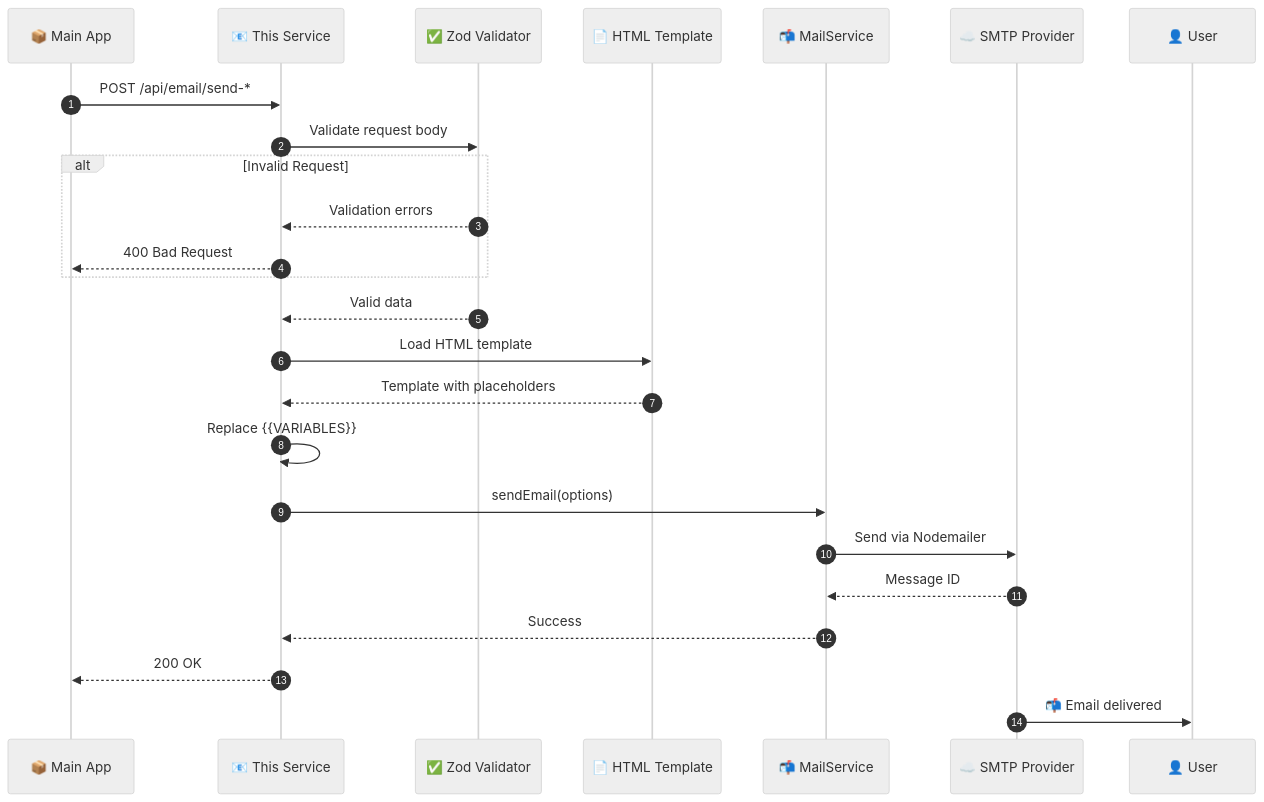
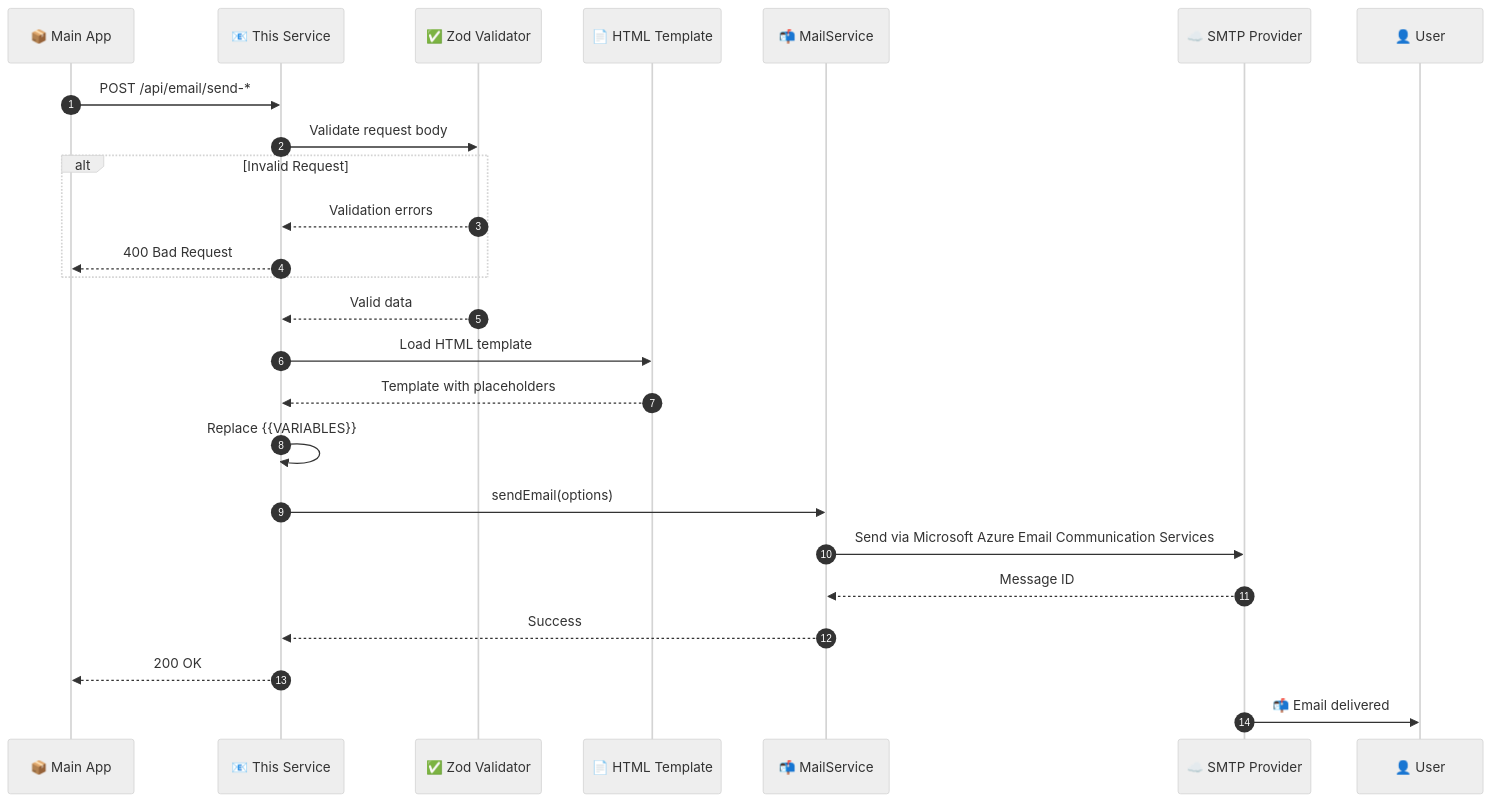
Before and after one commit to hemants1703/ambitiousyou-notifications-service: the second of 6 diagrams in README.md, drawn with Mermaid (neutral theme). The commit also changed other lines of this file, not shown here.

First line of the commit message:
Update README for Azure Email Service and formatting

````diff
--- a/README.md
+++ b/README.md
@@ -89,30 +89,30 @@
 ```mermaid
 sequenceDiagram
     autonumber
     participant App as 📦 Main App
     participant Notif as 📧 This Service
     participant Zod as ✅ Zod Validator
     participant Template as 📄 HTML Template
     participant Mail as 📬 MailService
     participant SMTP as ☁️ SMTP Provider
     participant User as 👤 User
 
     App->>Notif: POST /api/email/send-*
     Notif->>Zod: Validate request body
-    
+
     alt Invalid Request
         Zod-->>Notif: Validation errors
         Notif-->>App: 400 Bad Request
     end
-    
+
     Zod-->>Notif: Valid data
     Notif->>Template: Load HTML template
     Template-->>Notif: Template with placeholders
     Notif->>Notif: Replace {{VARIABLES}}
     Notif->>Mail: sendEmail(options)
-    Mail->>SMTP: Send via Nodemailer
+    Mail->>SMTP: Send via Microsoft Azure Email Communication Services
     SMTP-->>Mail: Message ID
     Mail-->>Notif: Success
     Notif-->>App: 200 OK
     SMTP->>User: 📬 Email delivered
 ```
````
